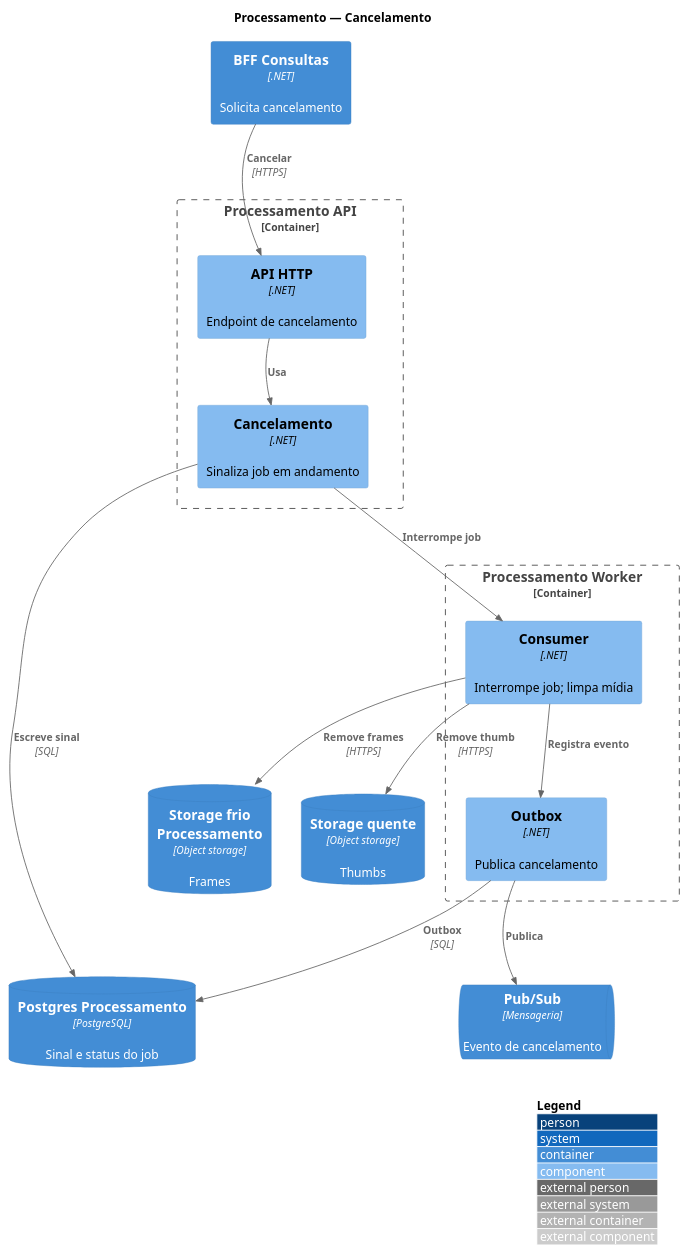
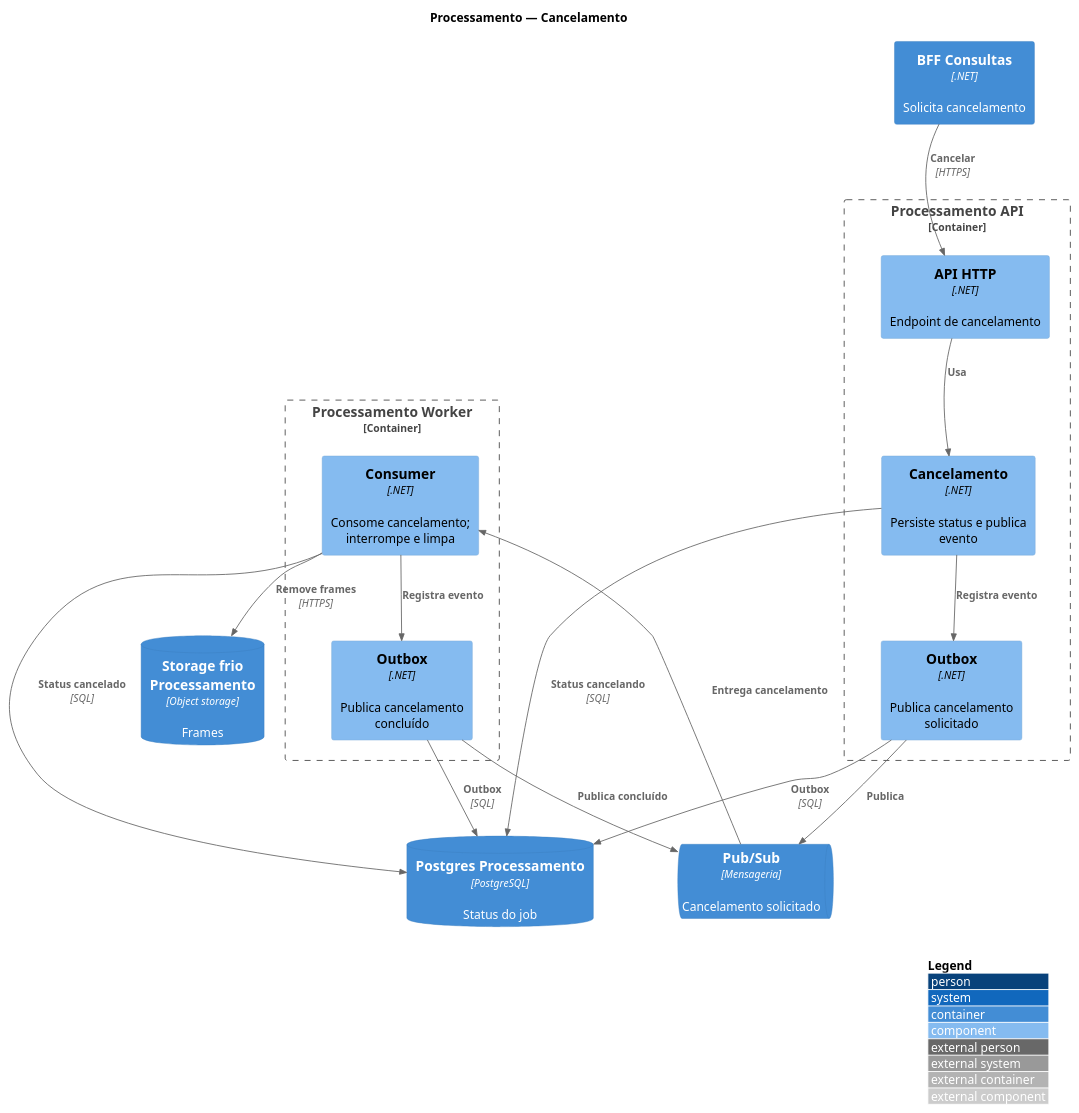
Before and after one commit to fiap-x-vcosta/docs: the diagram in arquitetura/08_componentes-processamento-cancelamento.puml, drawn with PlantUML. The commit also changed 13 other files, not shown here.

First line of the commit message:
docs: thumbs no Upload, cancel via Pub/Sub e BFF enxuto

```diff
--- a/arquitetura/08_componentes-processamento-cancelamento.puml
+++ b/arquitetura/08_componentes-processamento-cancelamento.puml
@@ -1,44 +1,46 @@
 @startuml 08_componentes-processamento-cancelamento
 !include https://raw.githubusercontent.com/plantuml-stdlib/C4-PlantUML/master/C4_Component.puml
 
 LAYOUT_WITH_LEGEND()
 LAYOUT_TOP_DOWN()
 
 title Processamento — Cancelamento
 
 Container(bff, "BFF Consultas", ".NET", "Solicita cancelamento")
-ContainerQueue(pubsub, "Pub/Sub", "Mensageria", "Evento de cancelamento")
-ContainerDb(pgProc, "Postgres Processamento", "PostgreSQL", "Sinal e status do job")
+ContainerQueue(pubsub, "Pub/Sub", "Mensageria", "Cancelamento solicitado")
+ContainerDb(pgProc, "Postgres Processamento", "PostgreSQL", "Status do job")
 ContainerDb(frioProc, "Storage frio Processamento", "Object storage", "Frames")
-ContainerDb(quente, "Storage quente", "Object storage", "Thumbs")
 
 Container_Boundary(procApi, "Processamento API") {
   Component(apiHttp, "API HTTP", ".NET", "Endpoint de cancelamento")
-  Component(cancel, "Cancelamento", ".NET", "Sinaliza job em andamento")
+  Component(cancel, "Cancelamento", ".NET", "Persiste status e publica evento")
+  Component(outboxA, "Outbox", ".NET", "Publica cancelamento solicitado")
 }
 
 Container_Boundary(procWorker, "Processamento Worker") {
-  Component(consumer, "Consumer", ".NET", "Interrompe job; limpa mídia")
-  Component(outboxW, "Outbox", ".NET", "Publica cancelamento")
+  Component(consumer, "Consumer", ".NET", "Consome cancelamento; interrompe e limpa")
+  Component(outboxW, "Outbox", ".NET", "Publica cancelamento concluído")
 }
 
 Rel(bff, apiHttp, "Cancelar", "HTTPS")
 Rel(apiHttp, cancel, "Usa")
-Rel(cancel, pgProc, "Escreve sinal", "SQL")
-Rel(cancel, consumer, "Interrompe job")
+Rel(cancel, pgProc, "Status cancelando", "SQL")
+Rel(cancel, outboxA, "Registra evento")
+Rel(outboxA, pgProc, "Outbox", "SQL")
+Rel(outboxA, pubsub, "Publica")
+Rel(pubsub, consumer, "Entrega cancelamento")
+Rel(consumer, pgProc, "Status cancelado", "SQL")
 Rel(consumer, frioProc, "Remove frames", "HTTPS")
-Rel(consumer, quente, "Remove thumb", "HTTPS")
 Rel(consumer, outboxW, "Registra evento")
 Rel(outboxW, pgProc, "Outbox", "SQL")
-Rel(outboxW, pubsub, "Publica")
+Rel(outboxW, pubsub, "Publica concluído")
 
 Lay_D(bff, apiHttp)
 Lay_D(apiHttp, cancel)
+Lay_R(cancel, outboxA)
+Lay_D(outboxA, pubsub)
 Lay_R(procApi, procWorker)
-Lay_D(cancel, pgProc)
 Lay_D(consumer, frioProc)
-Lay_R(frioProc, quente)
 Lay_R(consumer, outboxW)
-Lay_D(outboxW, pubsub)
 
 @enduml
```
